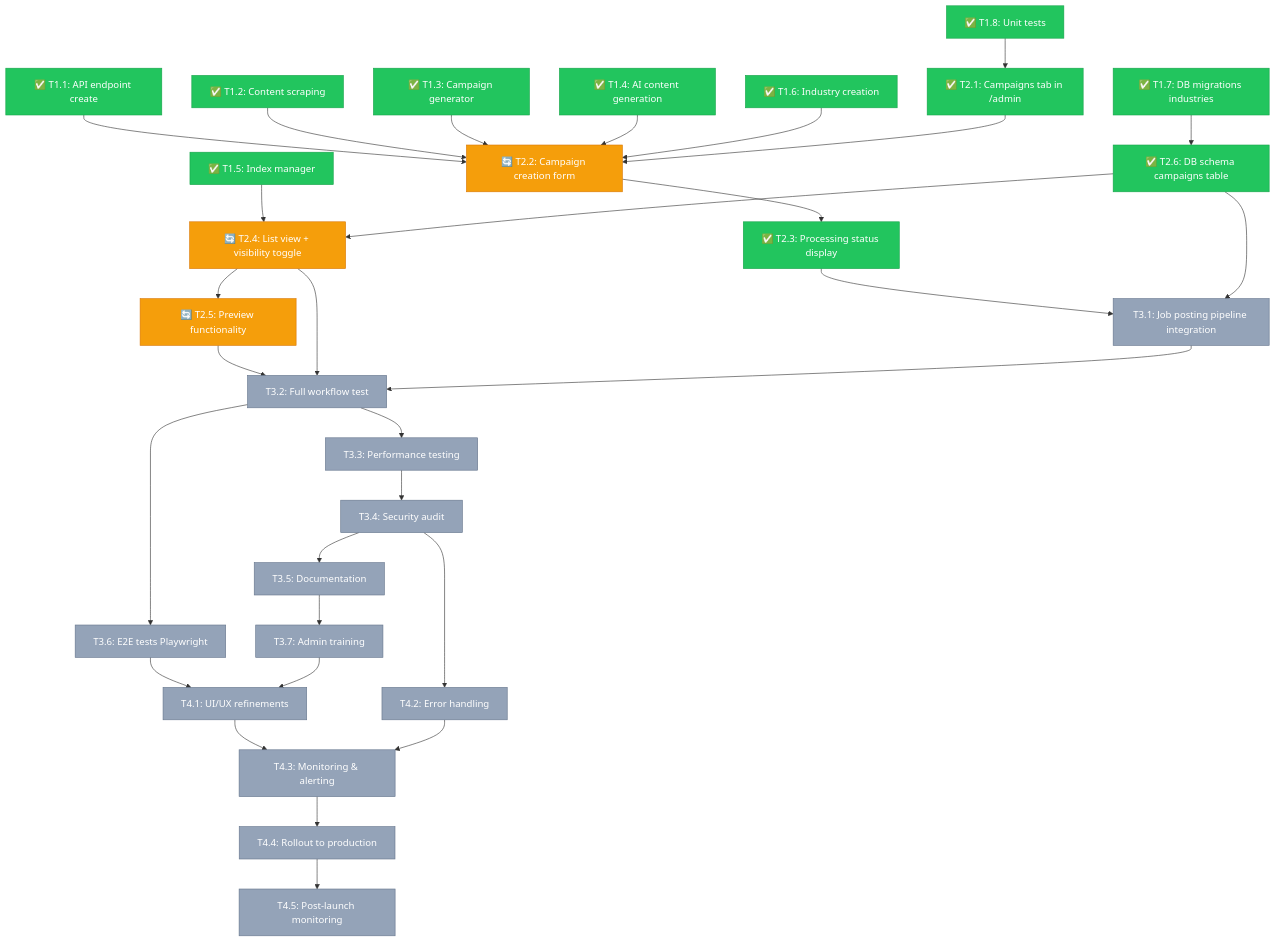
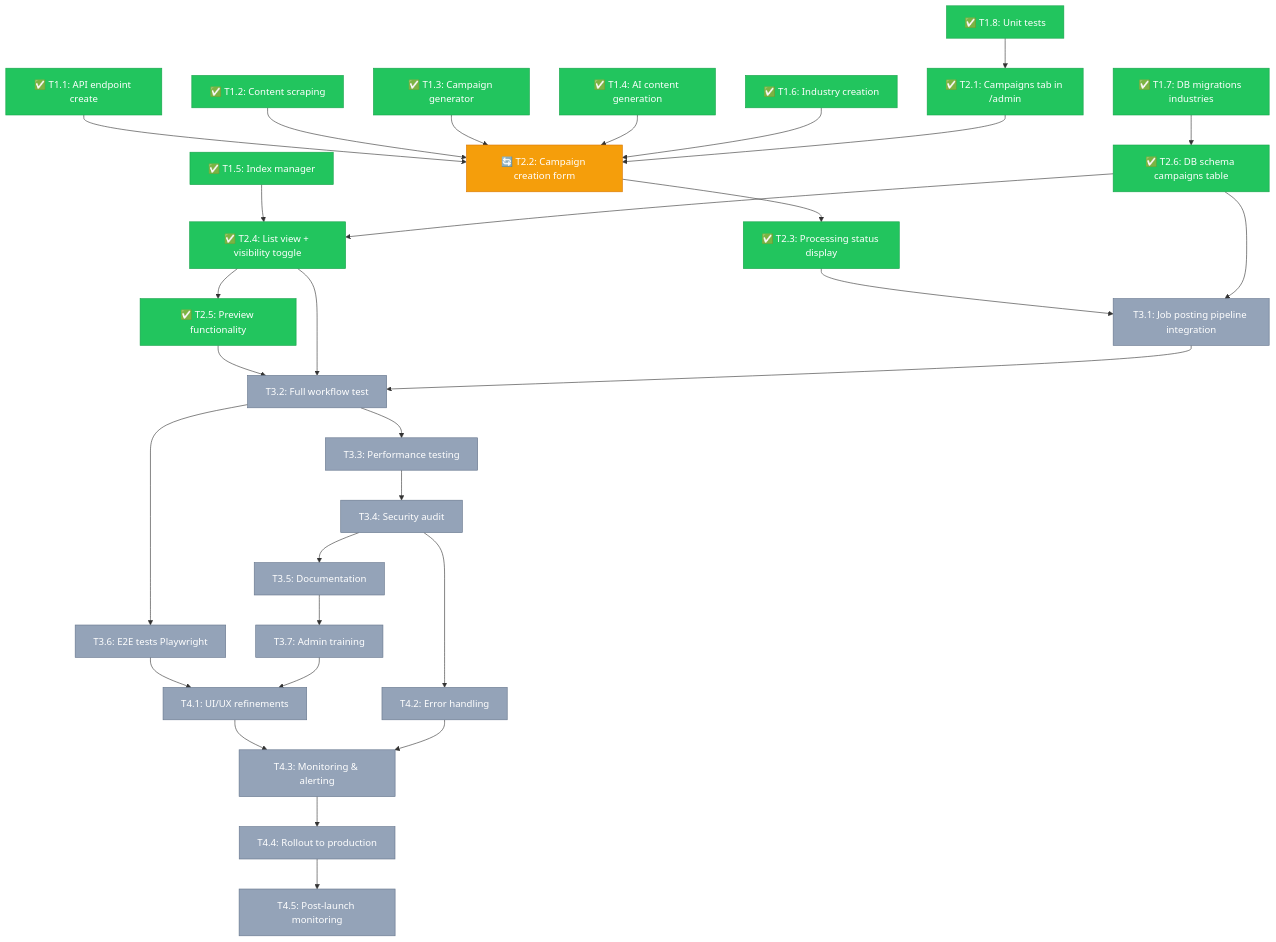
The diagram in docs/aui/CAMPAIGN_CREATION_DAG.md (hretheum/hretheum.com), drawn with Mermaid before and after one commit. The commit also changed other lines of this file and 1 other file, not shown here.

First line of the commit message:
docs: Update Phase 2.A status - 5/6 tasks complete (83%)

````diff
--- a/docs/aui/CAMPAIGN_CREATION_DAG.md
+++ b/docs/aui/CAMPAIGN_CREATION_DAG.md
@@ -34,8 +34,8 @@
     P2A_1[✅ T2.1: Campaigns tab in /admin]
     P2A_2[🔄 T2.2: Campaign creation form]
     P2A_3[✅ T2.3: Processing status display]
-    P2A_4[🔄 T2.4: List view + visibility toggle]
-    P2A_5[🔄 T2.5: Preview functionality]
+    P2A_4[✅ T2.4: List view + visibility toggle]
+    P2A_5[✅ T2.5: Preview functionality]
     P2A_6[✅ T2.6: DB schema campaigns table]
 
     %% Phase 3: Integration & Testing
@@ -103,8 +103,8 @@
     classDef pending fill:#94a3b8,stroke:#64748b,color:#fff
     
     class P1_1,P1_2,P1_3,P1_4,P1_5,P1_6,P1_7,P1_8 complete
-    class P2A_1,P2A_3,P2A_6 complete
-    class P2A_2,P2A_4,P2A_5 partial
+    class P2A_1,P2A_3,P2A_4,P2A_5,P2A_6 complete
+    class P2A_2 partial
     class P3_1,P3_2,P3_3,P3_4,P3_5,P3_6,P3_7 pending
     class P4_1,P4_2,P4_3,P4_4,P4_5 pending
 ```
````
